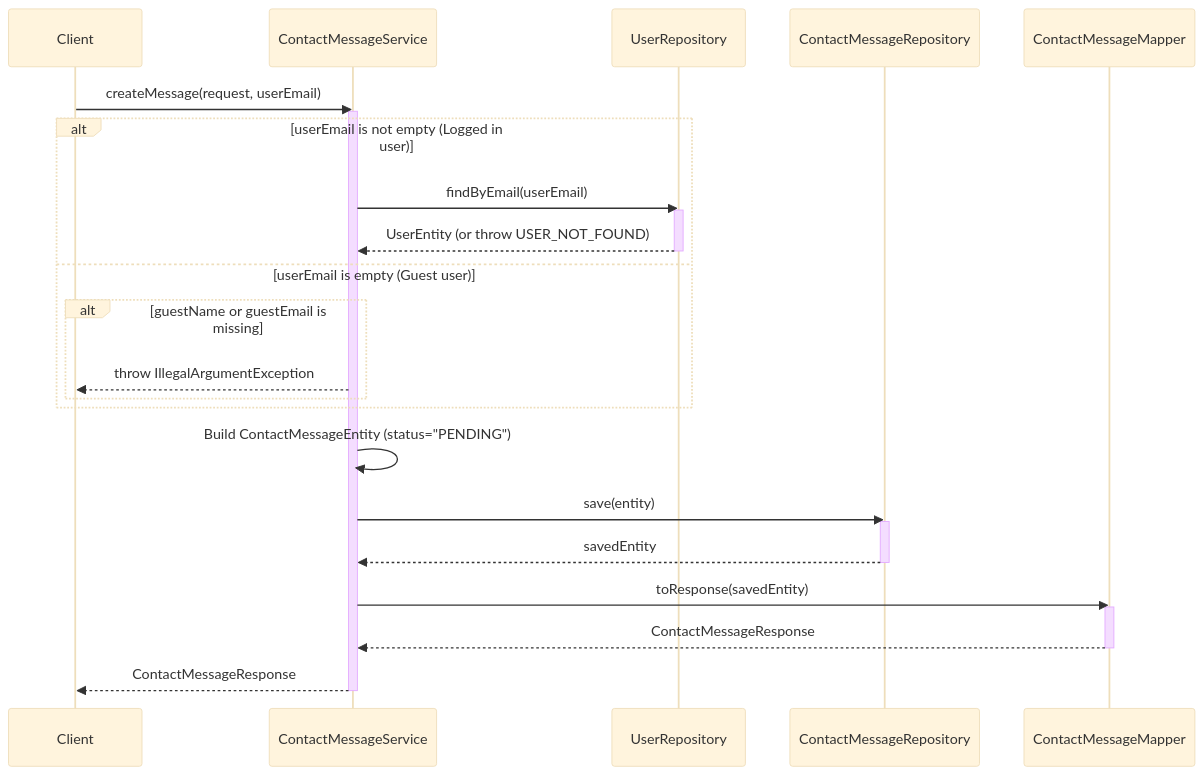
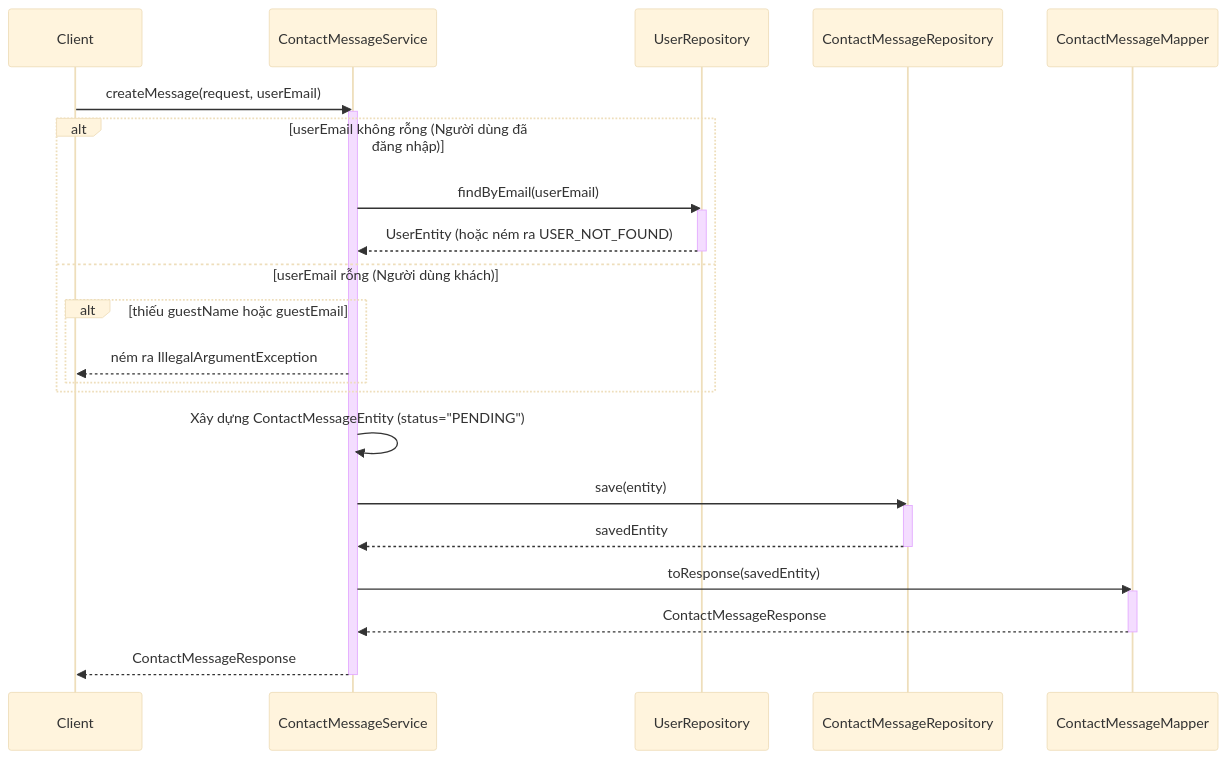
One commit to aquoc09/easymall changed the first of 4 diagrams in .agent/sequence/contact_message_service_sequence_diagrams.md. Above: the diagram before and after it, drawn with Mermaid (base theme). The commit also changed other lines of this file and 18 other files, not shown here.

Commit message:
UPDATE: Sequence diagram vietnamese

````diff
--- a/.agent/sequence/contact_message_service_sequence_diagrams.md
+++ b/.agent/sequence/contact_message_service_sequence_diagrams.md
@@ -7,37 +7,37 @@
 ```mermaid
 sequenceDiagram
     participant Client
     participant ContactMessageService
     participant UserRepository
     participant ContactMessageRepository
     participant ContactMessageMapper
 
     Client->>ContactMessageService: createMessage(request, userEmail)
     activate ContactMessageService
 
-    alt userEmail is not empty (Logged in user)
+    alt userEmail không rỗng (Người dùng đã đăng nhập)
         ContactMessageService->>UserRepository: findByEmail(userEmail)
         activate UserRepository
-        UserRepository-->>ContactMessageService: UserEntity (or throw USER_NOT_FOUND)
+        UserRepository-->>ContactMessageService: UserEntity (hoặc ném ra USER_NOT_FOUND)
         deactivate UserRepository
-    else userEmail is empty (Guest user)
-        alt guestName or guestEmail is missing
-            ContactMessageService-->>Client: throw IllegalArgumentException
+    else userEmail rỗng (Người dùng khách)
+        alt thiếu guestName hoặc guestEmail
+            ContactMessageService-->>Client: ném ra IllegalArgumentException
         end
     end
 
-    ContactMessageService->>ContactMessageService: Build ContactMessageEntity (status="PENDING")
+    ContactMessageService->>ContactMessageService: Xây dựng ContactMessageEntity (status="PENDING")
 
     ContactMessageService->>ContactMessageRepository: save(entity)
     activate ContactMessageRepository
     ContactMessageRepository-->>ContactMessageService: savedEntity
     deactivate ContactMessageRepository
 
     ContactMessageService->>ContactMessageMapper: toResponse(savedEntity)
     activate ContactMessageMapper
     ContactMessageMapper-->>ContactMessageService: ContactMessageResponse
     deactivate ContactMessageMapper
 
     ContactMessageService-->>Client: ContactMessageResponse
     deactivate ContactMessageService
 ```
````
